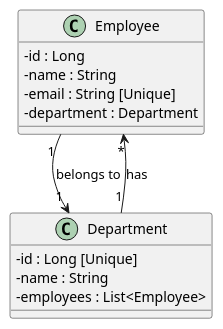
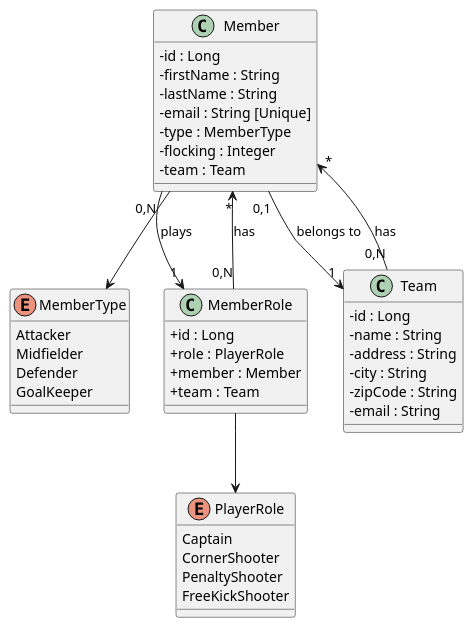
One commit to ETML-ES-FWBE/ZucchinIT changed the diagram in docs/domain_model.puml. Above: the diagram before and after it, drawn with PlantUML.

Commit message:
docs: update domain model diagram

```diff
--- a/docs/domain_model.puml
+++ b/docs/domain_model.puml
@@ -1,20 +1,53 @@
 @startuml
 
 skinparam classAttributeIconSize 0
 
-class Employee {
+enum MemberType {
+     Attacker
+     Midfielder
+     Defender
+     GoalKeeper
+}
+
+enum PlayerRole {
+    Captain
+    CornerShooter
+    PenaltyShooter
+    FreeKickShooter
+}
+
+class Member {
+    - id : Long
+    - firstName : String
+    - lastName : String
+    - email : String [Unique]
+    - type : MemberType
+    - flocking : Integer
+    - team : Team
+}
+
+class MemberRole {
+    + id : Long
+    + role : PlayerRole
+    + member : Member
+    + team : Team
+}
+
+class Team {
     - id : Long
     - name : String
-    - email : String [Unique]
-    - department : Department
+    - address : String
+    - city : String
+    - zipCode : String
+    - email : String
 }
 
-class Department {
-    - id : Long [Unique]
-    - name : String
-    - employees : List<Employee>
-}
+Member --> MemberType
+MemberRole --> PlayerRole
 
-Employee "1" --> "1" Department : "belongs to"
-Department "1" --> "*" Employee : "has"
+Member "0,1" --> "1" Team : "belongs to"
+Team "0,N" --> "*" Member : "has"
+
+Member "0,N" --> "1" MemberRole : "plays"
+MemberRole "0,N" --> "*" Member : "has"
 @enduml
```
